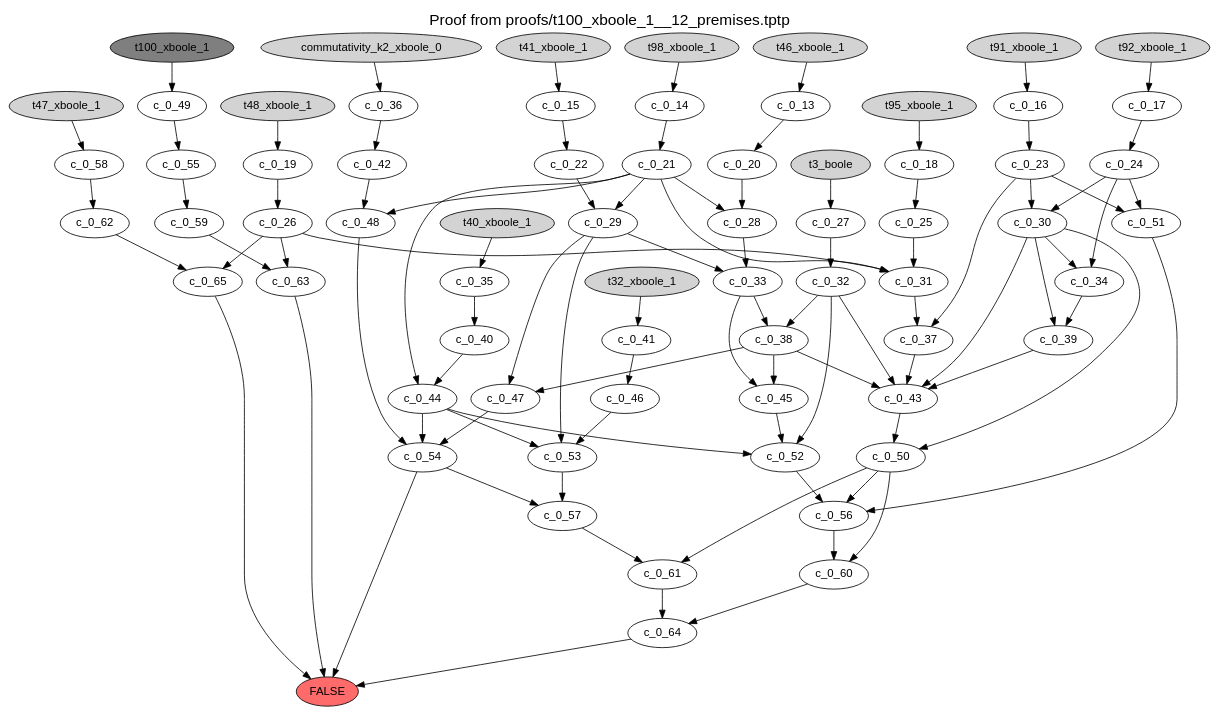
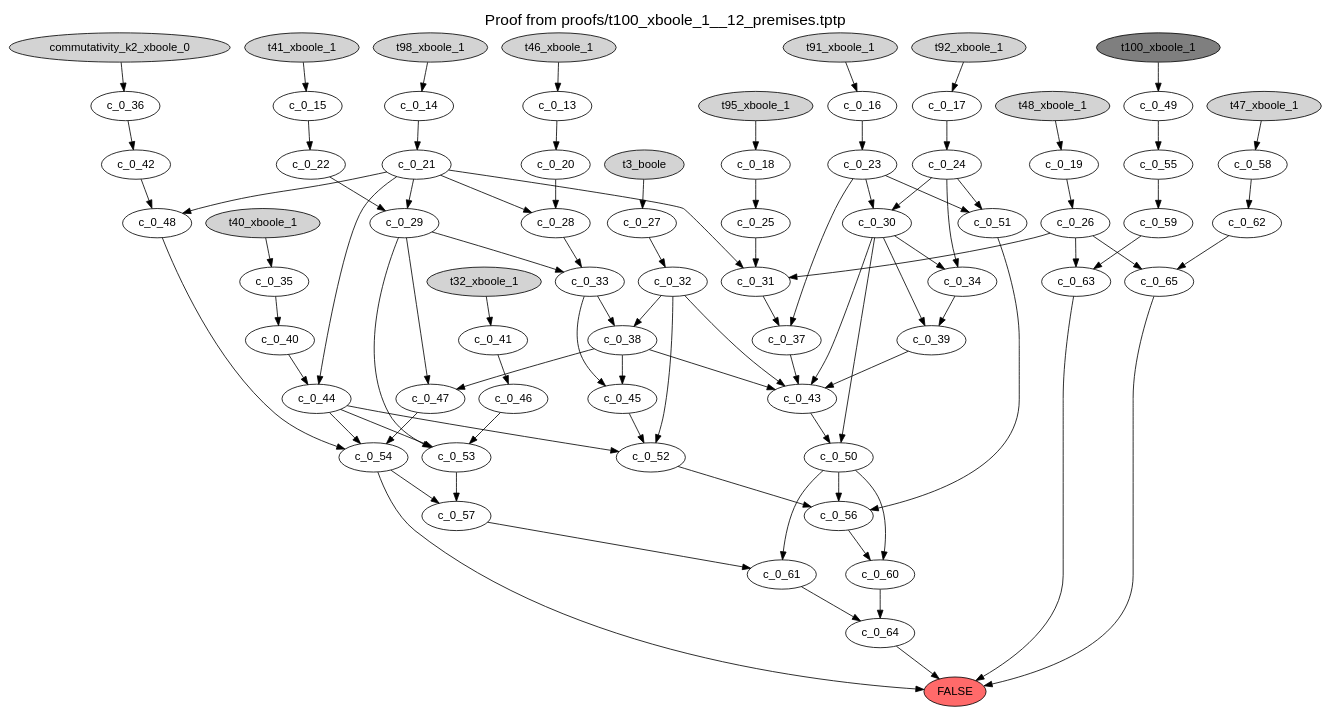
One commit to BartoszPiotrowski/proofs-to-trees changed the diagram in examples/t100_xboole_1__12_premises.dot. Above: the diagram before and after it, drawn with Graphviz. The commit also changed other lines of this file and 5 other files, not shown here.

```diff
--- a/examples/t100_xboole_1__12_premises.dot
+++ b/examples/t100_xboole_1__12_premises.dot
@@ -1,112 +1,112 @@
 digraph {
 label="Proof from proofs/t100_xboole_1__12_premises.tptp"
 labelloc="t"
 graph [fontname = "helvetica", fontsize=19]
 node [fontname = "helvetica"]
 edge [fontname = "helvetica"]
 FALSE [style=filled fillcolor=indianred1]
 t46_xboole_1 [style=filled]
 t98_xboole_1 [style=filled]
 t41_xboole_1 [style=filled]
 t91_xboole_1 [style=filled]
 t92_xboole_1 [style=filled]
 t95_xboole_1 [style=filled]
 t48_xboole_1 [style=filled]
 t3_boole [style=filled]
 t40_xboole_1 [style=filled]
 commutativity_k2_xboole_0 [style=filled]
 t32_xboole_1 [style=filled]
 t47_xboole_1 [style=filled]
 t100_xboole_1 [style=filled fillcolor=grey50]
+"commutativity_k2_xboole_0" -> "c_0_36"
+"c_0_38" -> "c_0_45"
+"c_0_23" -> "c_0_30"
+"c_0_48" -> "c_0_54"
+"c_0_31" -> "c_0_37"
+"c_0_58" -> "c_0_62"
+"c_0_45" -> "c_0_52"
+"c_0_64" -> "FALSE"
+"c_0_24" -> "c_0_30"
+"t46_xboole_1" -> "c_0_13"
+"c_0_29" -> "c_0_53"
+"c_0_23" -> "c_0_37"
+"c_0_46" -> "c_0_53"
+"t91_xboole_1" -> "c_0_16"
+"c_0_59" -> "c_0_63"
+"c_0_19" -> "c_0_26"
+"c_0_39" -> "c_0_43"
+"c_0_20" -> "c_0_28"
+"c_0_51" -> "c_0_56"
+"c_0_38" -> "c_0_43"
+"t32_xboole_1" -> "c_0_41"
+"c_0_47" -> "c_0_54"
+"c_0_30" -> "c_0_34"
+"c_0_25" -> "c_0_31"
+"c_0_35" -> "c_0_40"
+"c_0_54" -> "FALSE"
 "c_0_26" -> "c_0_31"
-"t92_xboole_1" -> "c_0_17"
+"c_0_27" -> "c_0_32"
+"c_0_63" -> "FALSE"
+"c_0_49" -> "c_0_55"
+"t40_xboole_1" -> "c_0_35"
+"c_0_30" -> "c_0_50"
+"c_0_57" -> "c_0_61"
+"c_0_56" -> "c_0_60"
+"c_0_26" -> "c_0_65"
+"c_0_33" -> "c_0_45"
+"t98_xboole_1" -> "c_0_14"
+"c_0_21" -> "c_0_29"
+"c_0_43" -> "c_0_50"
+"c_0_53" -> "c_0_57"
+"c_0_62" -> "c_0_65"
+"c_0_32" -> "c_0_43"
 "c_0_60" -> "c_0_64"
-"c_0_64" -> "FALSE"
-"c_0_49" -> "c_0_55"
-"c_0_36" -> "c_0_42"
-"t100_xboole_1" -> "c_0_49"
-"t40_xboole_1" -> "c_0_35"
-"c_0_47" -> "c_0_54"
-"c_0_50" -> "c_0_56"
-"c_0_26" -> "c_0_65"
-"t41_xboole_1" -> "c_0_15"
-"c_0_65" -> "FALSE"
-"c_0_37" -> "c_0_43"
-"c_0_46" -> "c_0_53"
-"c_0_17" -> "c_0_24"
-"c_0_52" -> "c_0_56"
-"c_0_29" -> "c_0_33"
-"c_0_22" -> "c_0_29"
-"c_0_29" -> "c_0_53"
-"c_0_55" -> "c_0_59"
-"c_0_21" -> "c_0_48"
-"c_0_44" -> "c_0_54"
-"c_0_26" -> "c_0_63"
-"c_0_34" -> "c_0_39"
-"c_0_44" -> "c_0_53"
-"c_0_35" -> "c_0_40"
-"c_0_19" -> "c_0_26"
-"c_0_43" -> "c_0_50"
-"c_0_32" -> "c_0_43"
-"c_0_59" -> "c_0_63"
-"c_0_23" -> "c_0_51"
-"c_0_51" -> "c_0_56"
-"c_0_53" -> "c_0_57"
-"c_0_24" -> "c_0_34"
-"c_0_40" -> "c_0_44"
-"t95_xboole_1" -> "c_0_18"
-"c_0_31" -> "c_0_37"
-"c_0_57" -> "c_0_61"
-"c_0_32" -> "c_0_38"
-"c_0_63" -> "FALSE"
-"commutativity_k2_xboole_0" -> "c_0_36"
-"c_0_58" -> "c_0_62"
-"c_0_30" -> "c_0_43"
-"c_0_38" -> "c_0_47"
-"t46_xboole_1" -> "c_0_13"
-"c_0_27" -> "c_0_32"
-"c_0_48" -> "c_0_54"
-"c_0_25" -> "c_0_31"
-"c_0_33" -> "c_0_45"
-"c_0_24" -> "c_0_51"
-"c_0_20" -> "c_0_28"
-"c_0_30" -> "c_0_34"
-"c_0_32" -> "c_0_52"
-"c_0_24" -> "c_0_30"
-"c_0_41" -> "c_0_46"
-"c_0_21" -> "c_0_29"
-"c_0_21" -> "c_0_28"
-"t32_xboole_1" -> "c_0_41"
-"c_0_50" -> "c_0_61"
-"c_0_54" -> "FALSE"
-"c_0_56" -> "c_0_60"
-"c_0_39" -> "c_0_43"
-"c_0_23" -> "c_0_30"
-"c_0_42" -> "c_0_48"
-"c_0_44" -> "c_0_52"
-"c_0_45" -> "c_0_52"
-"c_0_38" -> "c_0_45"
-"t98_xboole_1" -> "c_0_14"
 "c_0_15" -> "c_0_22"
 "t47_xboole_1" -> "c_0_58"
-"c_0_38" -> "c_0_43"
-"c_0_30" -> "c_0_39"
-"c_0_61" -> "c_0_64"
-"c_0_50" -> "c_0_60"
-"c_0_16" -> "c_0_23"
-"t3_boole" -> "c_0_27"
-"c_0_14" -> "c_0_21"
-"c_0_62" -> "c_0_65"
-"c_0_33" -> "c_0_38"
-"c_0_21" -> "c_0_44"
+"c_0_26" -> "c_0_63"
+"t48_xboole_1" -> "c_0_19"
+"c_0_65" -> "FALSE"
+"t100_xboole_1" -> "c_0_49"
 "c_0_18" -> "c_0_25"
 "c_0_29" -> "c_0_47"
-"t48_xboole_1" -> "c_0_19"
-"c_0_23" -> "c_0_37"
+"c_0_44" -> "c_0_54"
 "c_0_28" -> "c_0_33"
-"c_0_30" -> "c_0_50"
+"c_0_44" -> "c_0_52"
+"c_0_29" -> "c_0_33"
+"c_0_23" -> "c_0_51"
+"c_0_21" -> "c_0_48"
+"c_0_14" -> "c_0_21"
+"t41_xboole_1" -> "c_0_15"
+"c_0_16" -> "c_0_23"
+"c_0_21" -> "c_0_28"
+"c_0_38" -> "c_0_47"
+"c_0_30" -> "c_0_39"
+"c_0_21" -> "c_0_31"
+"c_0_36" -> "c_0_42"
+"c_0_33" -> "c_0_38"
+"c_0_30" -> "c_0_43"
+"c_0_50" -> "c_0_56"
+"t3_boole" -> "c_0_27"
+"c_0_21" -> "c_0_44"
+"c_0_44" -> "c_0_53"
+"c_0_32" -> "c_0_38"
+"c_0_55" -> "c_0_59"
+"c_0_24" -> "c_0_34"
+"c_0_52" -> "c_0_56"
+"c_0_61" -> "c_0_64"
+"c_0_24" -> "c_0_51"
+"c_0_37" -> "c_0_43"
+"c_0_13" -> "c_0_20"
+"c_0_40" -> "c_0_44"
+"c_0_42" -> "c_0_48"
 "c_0_54" -> "c_0_57"
-"c_0_21" -> "c_0_31"
-"c_0_13" -> "c_0_20"
-"t91_xboole_1" -> "c_0_16"
+"c_0_41" -> "c_0_46"
+"c_0_34" -> "c_0_39"
+"c_0_17" -> "c_0_24"
+"c_0_50" -> "c_0_61"
+"c_0_22" -> "c_0_29"
+"c_0_32" -> "c_0_52"
+"c_0_50" -> "c_0_60"
+"t92_xboole_1" -> "c_0_17"
+"t95_xboole_1" -> "c_0_18"
 }
```
